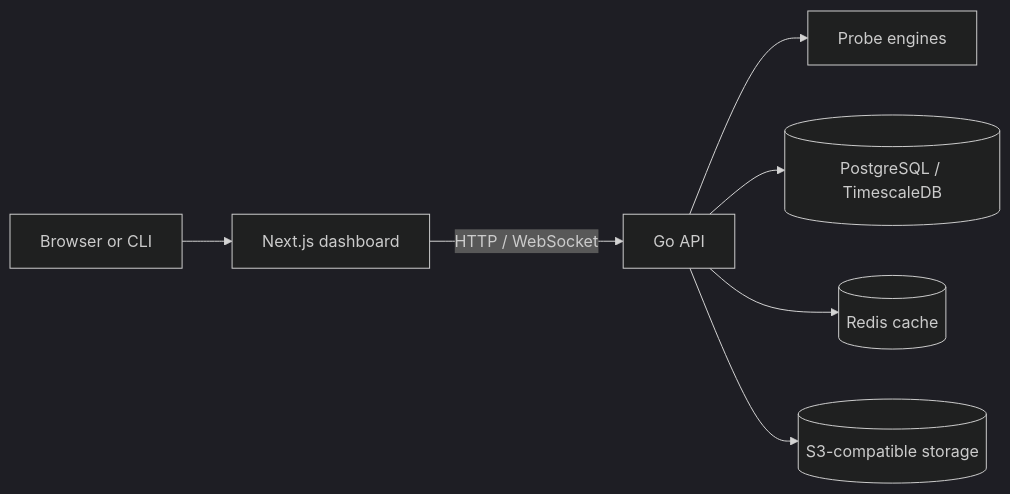
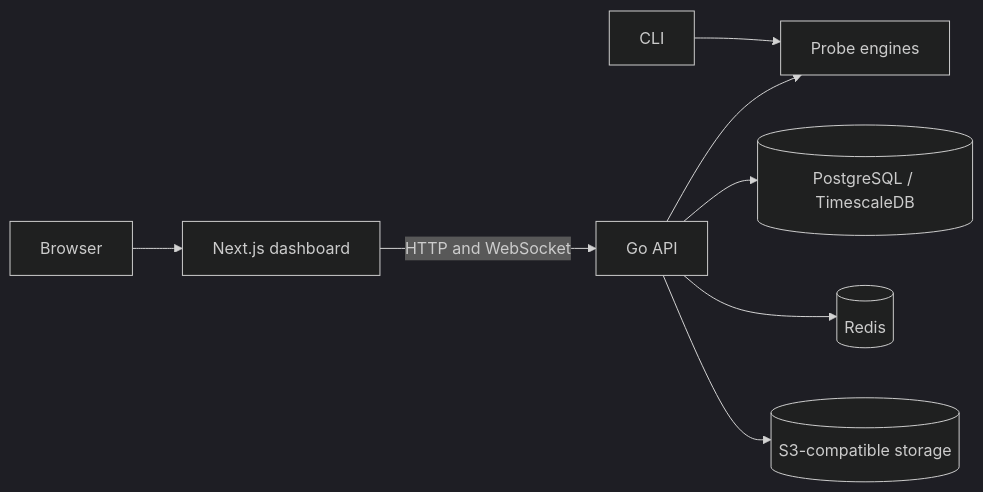
One commit to Quantum-Axis/Qnetward changed the diagram in README.md. Above: the diagram before and after it, drawn with Mermaid (dark theme). The commit also changed other lines of this file, not shown here.

````diff
--- a/README.md
+++ b/README.md
@@ -88,9 +90,10 @@
 ```mermaid
 flowchart LR
-    U[Browser or CLI] --> W[Next.js dashboard]
-    W -->|HTTP / WebSocket| A[Go API]
-    A --> E[Probe engines]
-    A --> DB[(PostgreSQL / TimescaleDB)]
-    A --> R[(Redis cache)]
+    C[CLI] --> E[Probe engines]
+    B[Browser] --> W[Next.js dashboard]
+    W -->|HTTP and WebSocket| A[Go API]
+    A --> E
+    A --> D[(PostgreSQL / TimescaleDB)]
+    A --> R[(Redis)]
     A --> S[(S3-compatible storage)]
 ```
````
